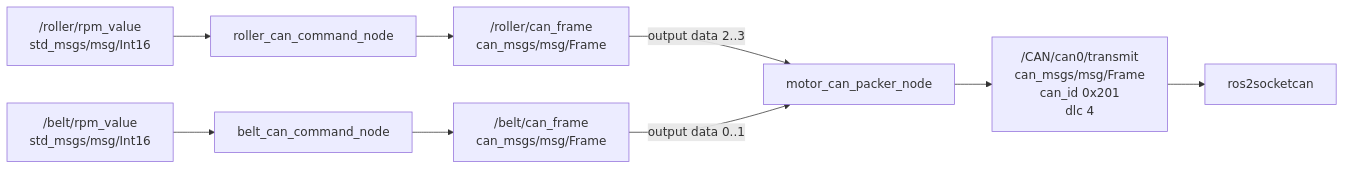
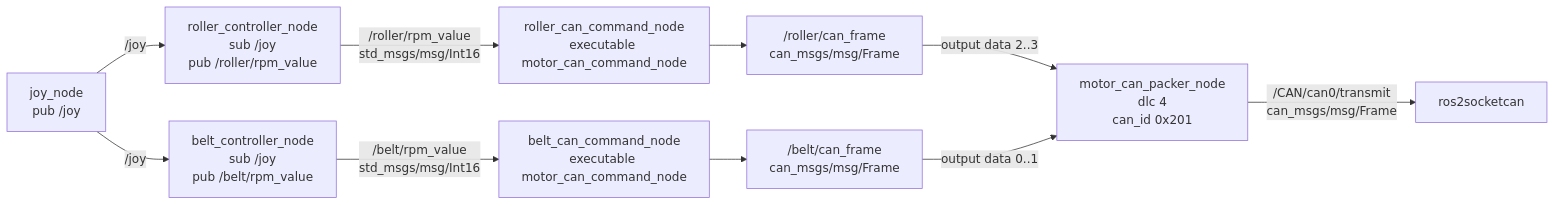
The second of 4 diagrams in ros2_ws/src/test.md (rodep-soft/rox2026), drawn with Mermaid before and after one commit. The commit also changed other lines of this file and 33 other files, not shown here.

Commit message:
rollerの角度調整を行う際のlaunchファイル削除とbringupへ書き込み。mad_motor -> belt_controller

````diff
--- a/ros2_ws/src/test.md
+++ b/ros2_ws/src/test.md
@@ -71,24 +56,29 @@
 ```mermaid
 flowchart LR
-  roller_rpm["/roller/rpm_value<br/>std_msgs/msg/Int16"]
-  belt_rpm["/belt/rpm_value<br/>std_msgs/msg/Int16"]
+  joy["joy_node<br/>pub /joy"]
 
-  roller_cmd["roller_can_command_node"]
-  belt_cmd["belt_can_command_node"]
+  roller_ctrl["roller_controller_node<br/>sub /joy<br/>pub /roller/rpm_value"]
+  belt_ctrl["belt_controller_node<br/>sub /joy<br/>pub /belt/rpm_value"]
+
+  roller_cmd["roller_can_command_node<br/>executable motor_can_command_node"]
+  belt_cmd["belt_can_command_node<br/>executable motor_can_command_node"]
 
   roller_frame["/roller/can_frame<br/>can_msgs/msg/Frame"]
   belt_frame["/belt/can_frame<br/>can_msgs/msg/Frame"]
 
-  packer["motor_can_packer_node"]
-  out["/CAN/can0/transmit<br/>can_msgs/msg/Frame<br/>can_id 0x201<br/>dlc 4"]
+  packer["motor_can_packer_node<br/>dlc 4<br/>can_id 0x201"]
   socketcan["ros2socketcan"]
 
-  roller_rpm --> roller_cmd
-  belt_rpm --> belt_cmd
+  joy -->|/joy| roller_ctrl
+  joy -->|/joy| belt_ctrl
+
+  roller_ctrl -->|/roller/rpm_value<br/>std_msgs/msg/Int16| roller_cmd
+  belt_ctrl -->|/belt/rpm_value<br/>std_msgs/msg/Int16| belt_cmd
+
   roller_cmd --> roller_frame
   belt_cmd --> belt_frame
+
   roller_frame -->|output data 2..3| packer
   belt_frame -->|output data 0..1| packer
-  packer --> out
-  out --> socketcan
+  packer -->|/CAN/can0/transmit<br/>can_msgs/msg/Frame| socketcan
 ```
````
